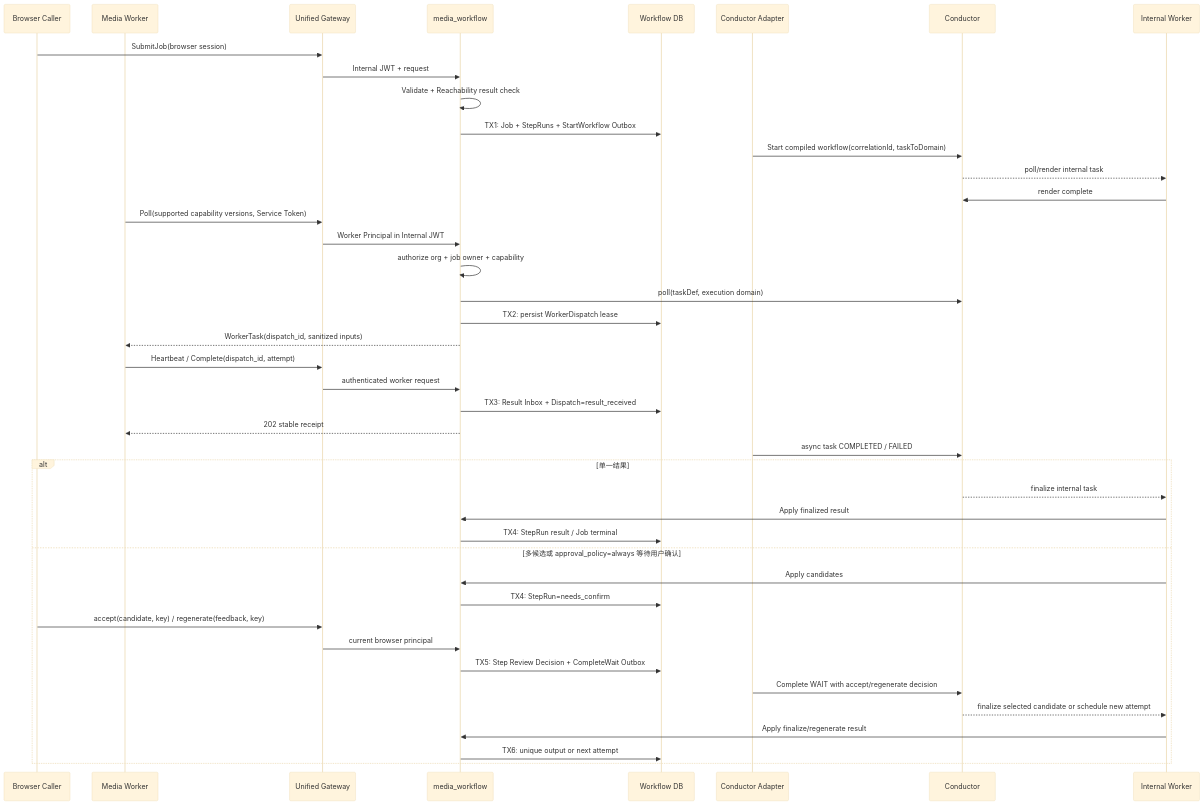
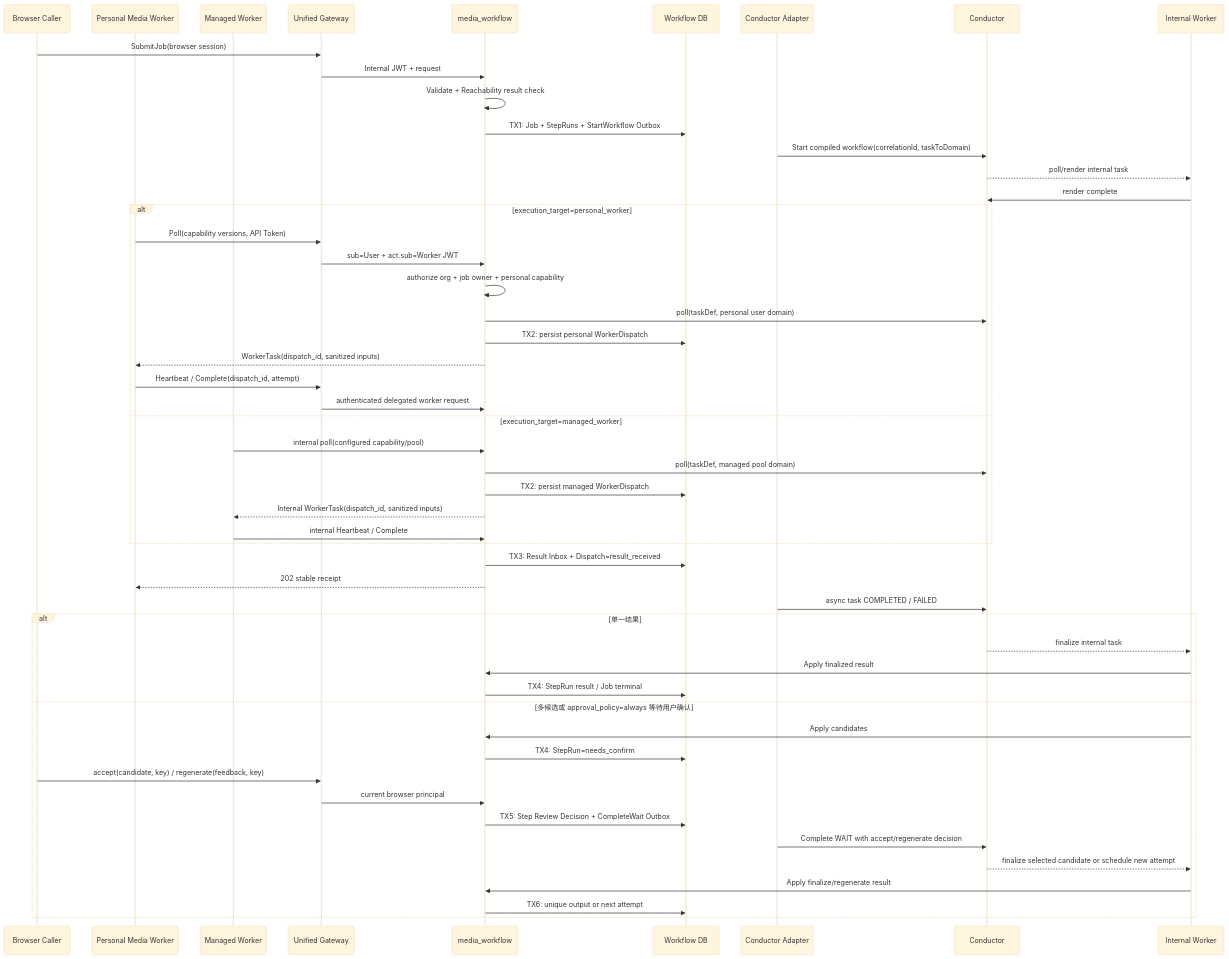
The first of 2 diagrams in docs/ddd/media_workflow/workflow/0002-workflow_execution/workflow_execution.md (hotttao/media_agent), drawn with Mermaid (base theme) before and after one commit. The commit also changed other lines of this file and 50 other files, not shown here.

Commit message:
docs(auth): define api token worker identity model

````diff
--- a/docs/ddd/media_workflow/workflow/0002-workflow_execution/workflow_execution.md
+++ b/docs/ddd/media_workflow/workflow/0002-workflow_execution/workflow_execution.md
@@ -12,44 +12,53 @@
 ```mermaid
 sequenceDiagram
     participant C as Browser Caller
-    participant X as Media Worker
+    participant X as Personal Media Worker
+    participant MW as Managed Worker
     participant G as Unified Gateway
     participant W as media_workflow
     participant DB as Workflow DB
     participant A as Conductor Adapter
     participant O as Conductor
     participant I as Internal Worker
     C->>G: SubmitJob(browser session)
     G->>W: Internal JWT + request
     W->>W: Validate + Reachability result check
     W->>DB: TX1: Job + StepRuns + StartWorkflow Outbox
     A->>O: Start compiled workflow(correlationId, taskToDomain)
     O-->>I: poll/render internal task
     I->>O: render complete
-    X->>G: Poll(supported capability versions, Service Token)
-    G->>W: Worker Principal in Internal JWT
-    W->>W: authorize org + job owner + capability
-    W->>O: poll(taskDef, execution domain)
-    W->>DB: TX2: persist WorkerDispatch lease
-    W-->>X: WorkerTask(dispatch_id, sanitized inputs)
-    X->>G: Heartbeat / Complete(dispatch_id, attempt)
-    G->>W: authenticated worker request
+    alt execution_target=personal_worker
+        X->>G: Poll(capability versions, API Token)
+        G->>W: sub=User + act.sub=Worker JWT
+        W->>W: authorize org + job owner + personal capability
+        W->>O: poll(taskDef, personal user domain)
+        W->>DB: TX2: persist personal WorkerDispatch
+        W-->>X: WorkerTask(dispatch_id, sanitized inputs)
+        X->>G: Heartbeat / Complete(dispatch_id, attempt)
+        G->>W: authenticated delegated worker request
+    else execution_target=managed_worker
+        MW->>W: internal poll(configured capability/pool)
+        W->>O: poll(taskDef, managed pool domain)
+        W->>DB: TX2: persist managed WorkerDispatch
+        W-->>MW: Internal WorkerTask(dispatch_id, sanitized inputs)
+        MW->>W: internal Heartbeat / Complete
+    end
     W->>DB: TX3: Result Inbox + Dispatch=result_received
     W-->>X: 202 stable receipt
     A->>O: async task COMPLETED / FAILED
     alt 单一结果
         O-->>I: finalize internal task
         I->>W: Apply finalized result
         W->>DB: TX4: StepRun result / Job terminal
     else 多候选或 approval_policy=always 等待用户确认
         I->>W: Apply candidates
         W->>DB: TX4: StepRun=needs_confirm
         C->>G: accept(candidate, key) / regenerate(feedback, key)
         G->>W: current browser principal
         W->>DB: TX5: Step Review Decision + CompleteWait Outbox
         A->>O: Complete WAIT with accept/regenerate decision
         O-->>I: finalize selected candidate or schedule new attempt
         I->>W: Apply finalize/regenerate result
         W->>DB: TX6: unique output or next attempt
     end
 ```
````
